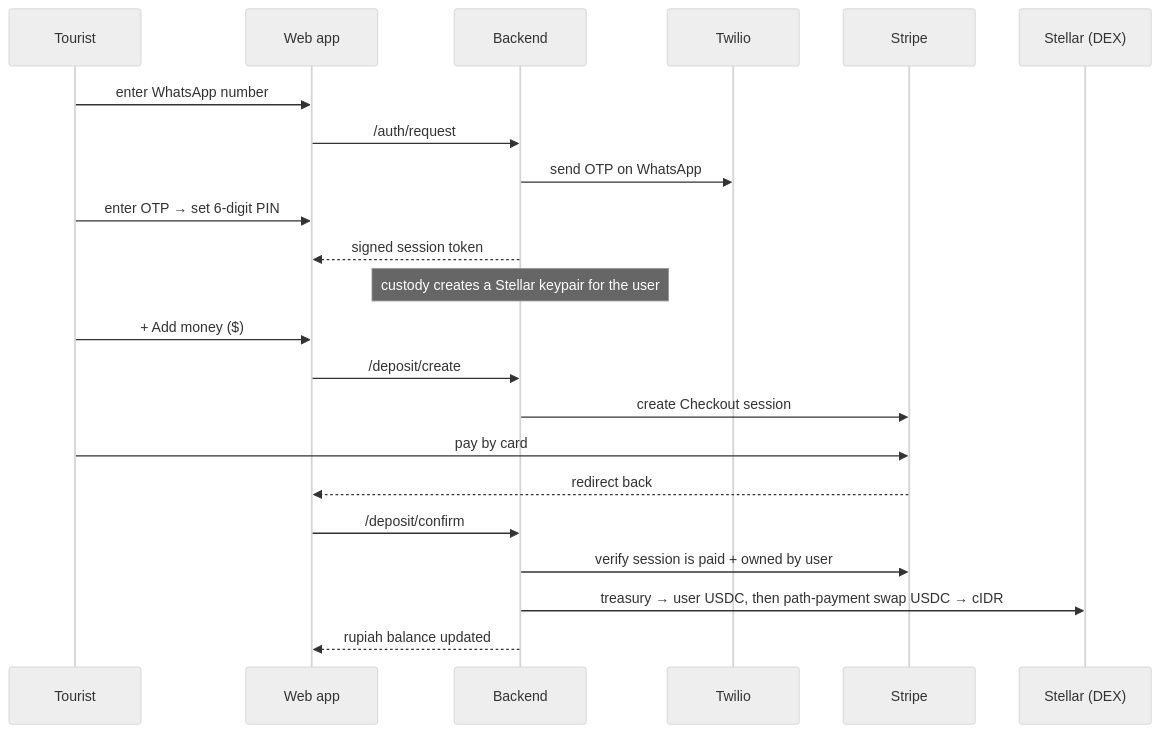
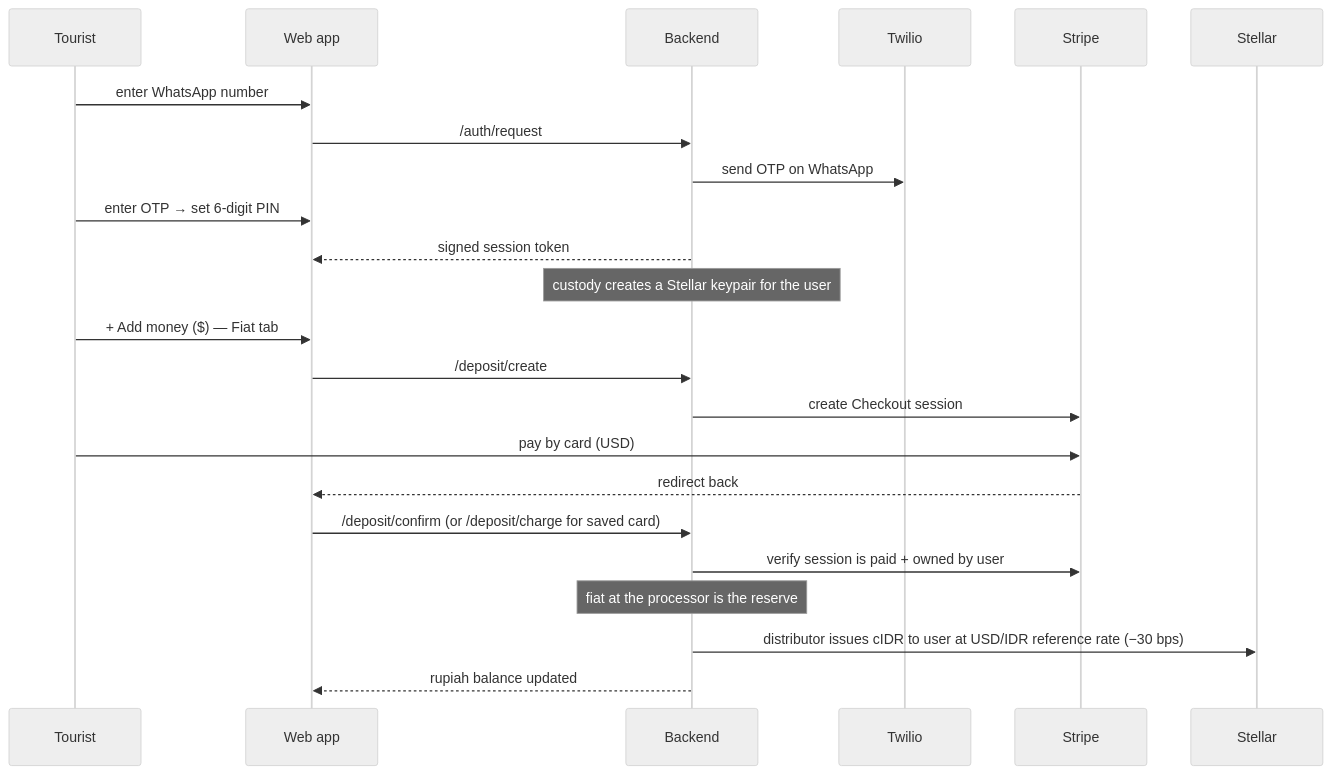
One commit to CastelPay/.github changed the third of 6 diagrams in architecture.md. Above: the diagram before and after it, drawn with Mermaid (neutral theme). The commit also changed other lines of this file and 1 other file, not shown here.

First line of the commit message:
docs: sync org profile + architecture with current architecture

````diff
--- a/architecture.md
+++ b/architecture.md
@@ -159,25 +184,26 @@
 ```mermaid
 sequenceDiagram
     participant U as Tourist
     participant FE as Web app
     participant BE as Backend
     participant TW as Twilio
     participant ST as Stripe
-    participant SX as Stellar (DEX)
+    participant SX as Stellar
 
     U->>FE: enter WhatsApp number
     FE->>BE: /auth/request
     BE->>TW: send OTP on WhatsApp
     U->>FE: enter OTP → set 6-digit PIN
     BE-->>FE: signed session token
     Note over BE: custody creates a Stellar keypair for the user
-    U->>FE: + Add money ($)
+    U->>FE: + Add money ($) — Fiat tab
     FE->>BE: /deposit/create
     BE->>ST: create Checkout session
-    U->>ST: pay by card
+    U->>ST: pay by card (USD)
     ST-->>FE: redirect back
-    FE->>BE: /deposit/confirm
+    FE->>BE: /deposit/confirm (or /deposit/charge for saved card)
     BE->>ST: verify session is paid + owned by user
-    BE->>SX: treasury → user USDC, then path-payment swap USDC → cIDR
+    Note over BE: fiat at the processor is the reserve
+    BE->>SX: distributor issues cIDR to user at USD/IDR reference rate (−30 bps)
     BE-->>FE: rupiah balance updated
 ```
````
